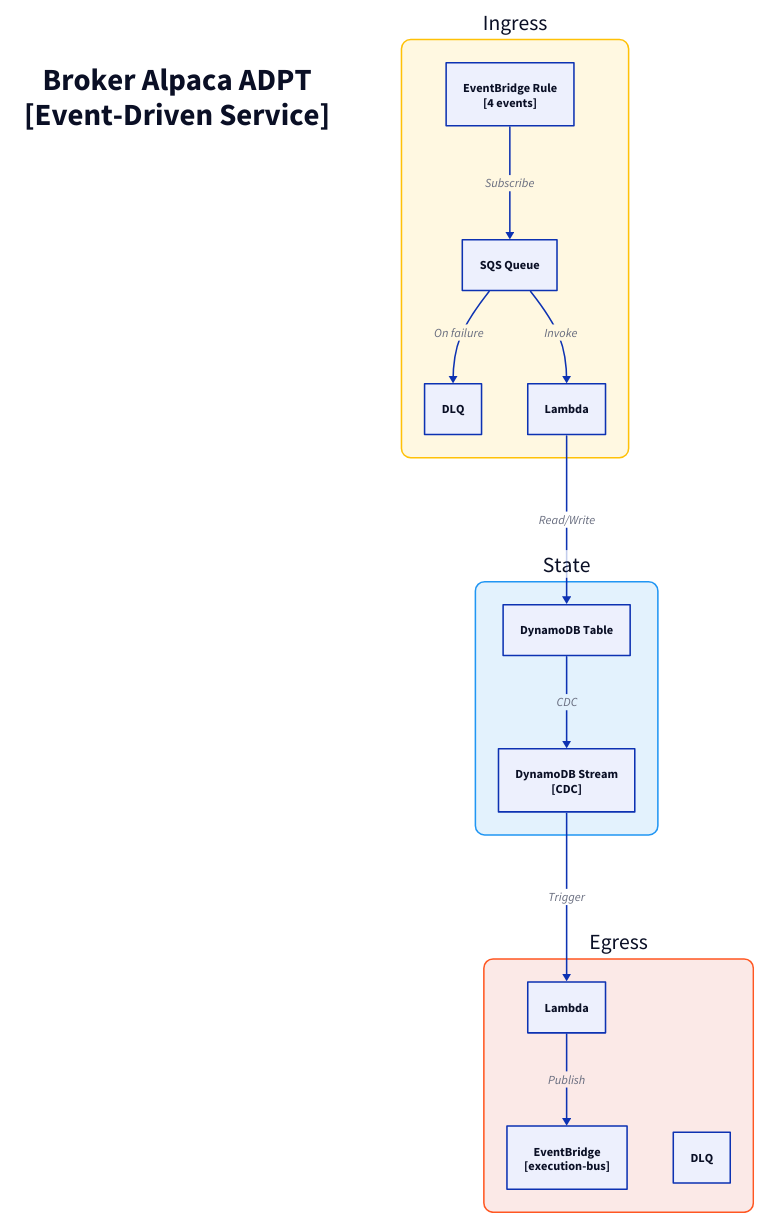
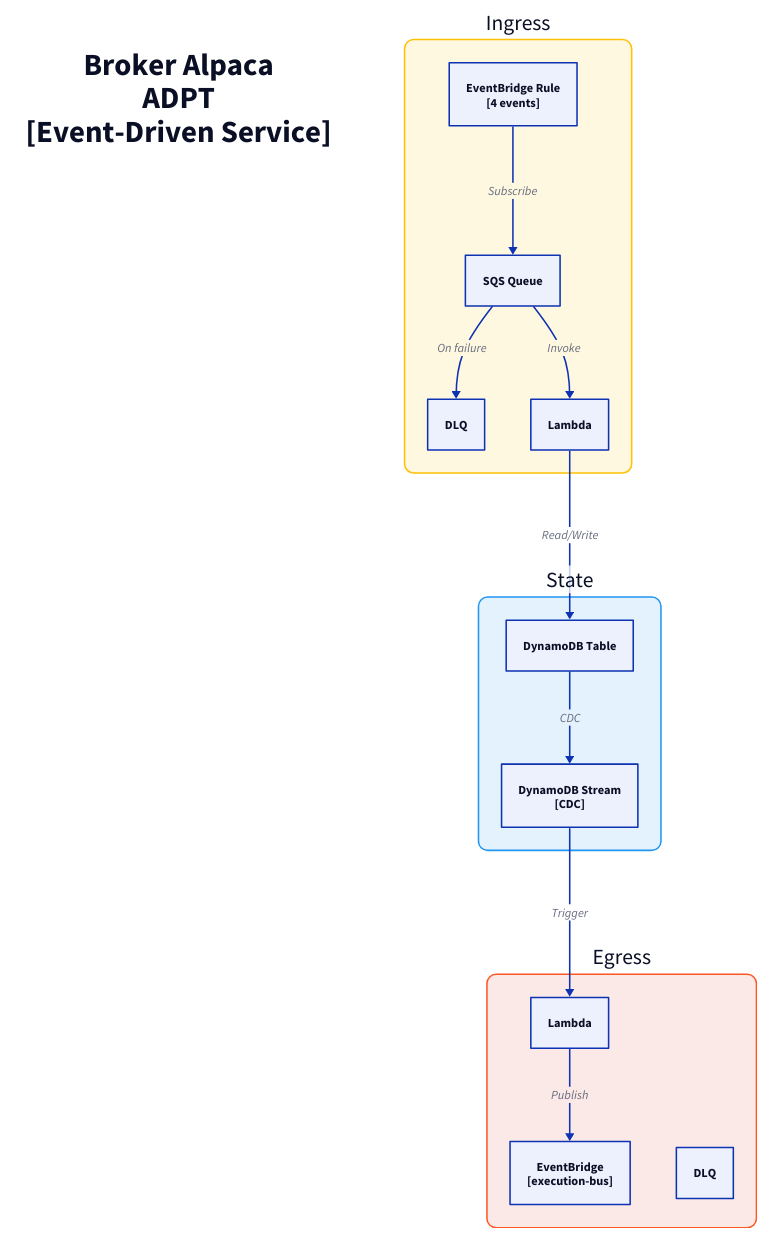
One commit to fabio-vitali/nestfolio changed the diagram in docs/architecture/c3/broker-alpaca-adpt.d2. Above: the diagram before and after it, drawn with D2. The commit also changed 66 other files, not shown here.

Commit message:
fix: c4 diagrams fixes

```diff
--- a/docs/architecture/c3/broker-alpaca-adpt.d2
+++ b/docs/architecture/c3/broker-alpaca-adpt.d2
@@ -1,37 +1,37 @@
 direction: down
 
-title: "Broker Alpaca ADPT\n[Event-Driven Service]" {
+title: "Broker Alpaca\nADPT\n[Event-Driven Service]" {
   style: { font-size: 40; bold: true; fill: transparent; stroke: transparent }
 }
 
 ingress: "Ingress" {
   style: { fill: "#FFF8E1"; stroke: "#FFC107"; border-radius: 12; font-size: 28 }
   rule: "EventBridge Rule\n[4 events]" { class: aws-eventbridge }
   sqs: "SQS Queue" { class: aws-sqs }
   dlq: "DLQ" { class: aws-dlq }
   handler: "Lambda" { class: aws-lambda }
 
   rule -> sqs: Subscribe
   sqs -> handler: Invoke
   sqs -> dlq: On failure
 }
 
 state: "State" {
   style: { fill: "#E3F2FD"; stroke: "#2196F3"; border-radius: 12; font-size: 28 }
   table: "DynamoDB Table" { class: aws-dynamodb }
   stream: "DynamoDB Stream\n[CDC]" { class: aws-ddb-stream }
   table -> stream: CDC
 }
 
 egress: "Egress" {
   style: { fill: "#FBE9E7"; stroke: "#FF5722"; border-radius: 12; font-size: 28 }
   processor: "Lambda" { class: aws-lambda }
   bus: "EventBridge\n[execution-bus]" { class: aws-eventbridge }
   dlq: "DLQ" { class: aws-dlq }
 
   processor -> bus: Publish
 }
 
 # Flows
 ingress.handler -> state.table: Read/Write
 state.stream -> egress.processor: Trigger
```
